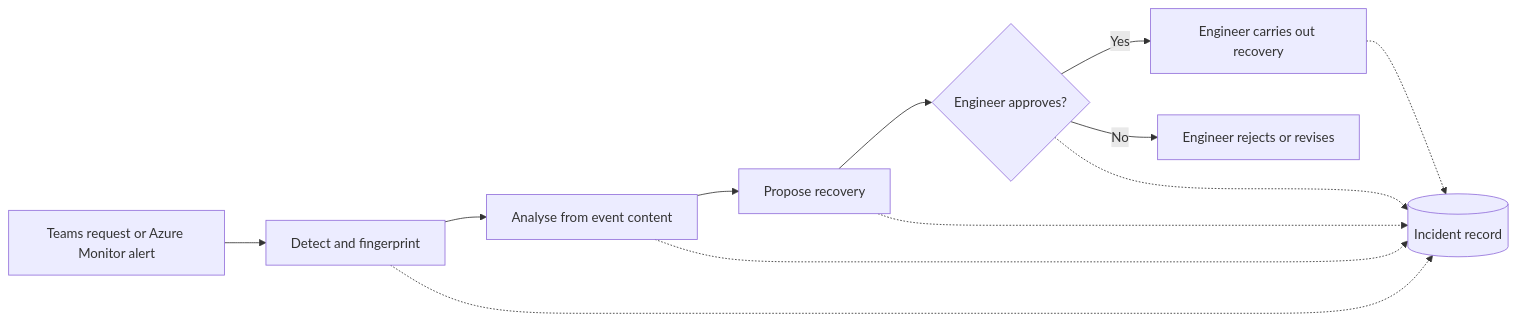
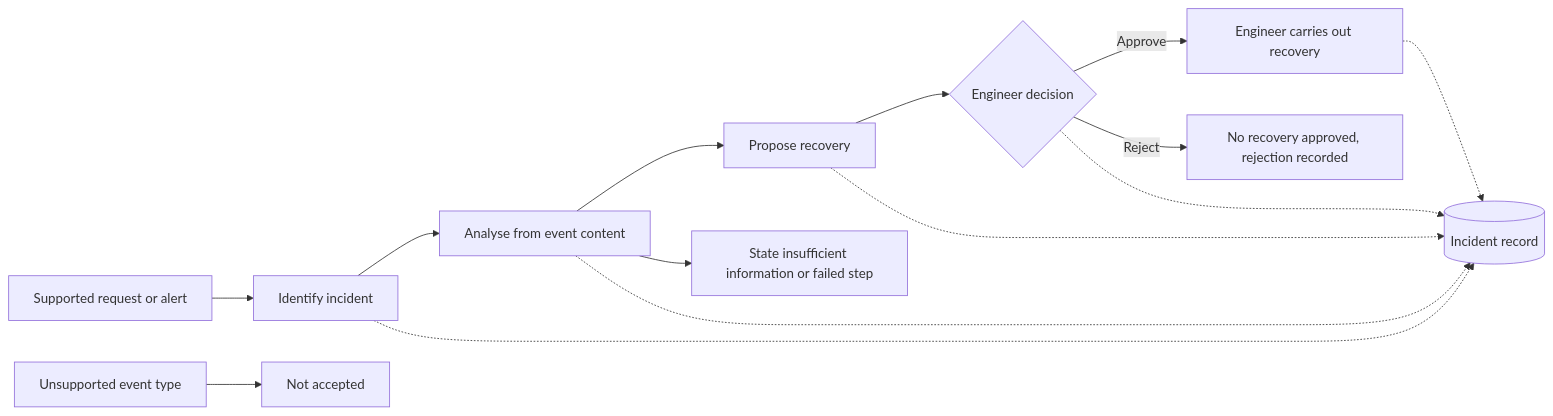
One commit to GLOBAL-PALO-IT/microsoft-hve-innovation-asean changed the diagram in .copilot-tracking/brd-sessions/sre-bot-managed-service-brd.md. Above: the diagram before and after it, drawn with Mermaid. The commit also changed other lines of this file and 7 other files, not shown here.

````diff
--- a/.copilot-tracking/brd-sessions/sre-bot-managed-service-brd.md
+++ b/.copilot-tracking/brd-sessions/sre-bot-managed-service-brd.md
@@ -238,14 +242,16 @@
 ```mermaid
 flowchart LR
-    A[Teams request or Azure Monitor alert] --> B[Detect and fingerprint]
+    A[Supported request or alert] --> B[Identify incident]
+    A2[Unsupported event type] --> X[Not accepted]
     B --> C[Analyse from event content]
     C --> D[Propose recovery]
-    D --> E{Engineer approves?}
-    E -- Yes --> F[Engineer carries out recovery]
-    E -- No --> G[Engineer rejects or revises]
+    C --> S[State insufficient information or failed step]
+    D --> E{Engineer decision}
+    E -- Approve --> F[Engineer carries out recovery]
+    E -- Reject --> G[No recovery approved, rejection recorded]
     B -.-> R[(Incident record)]
     C -.-> R
     D -.-> R
     E -.-> R
     F -.-> R
 ```
````
